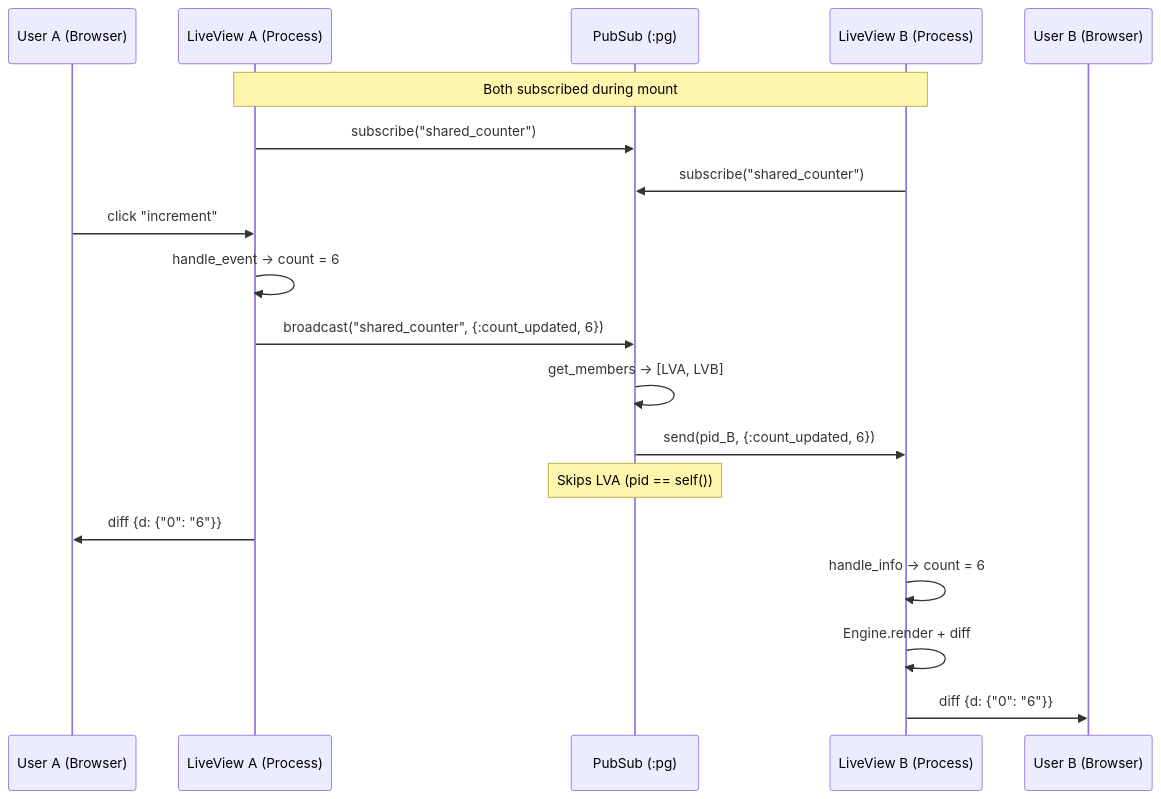
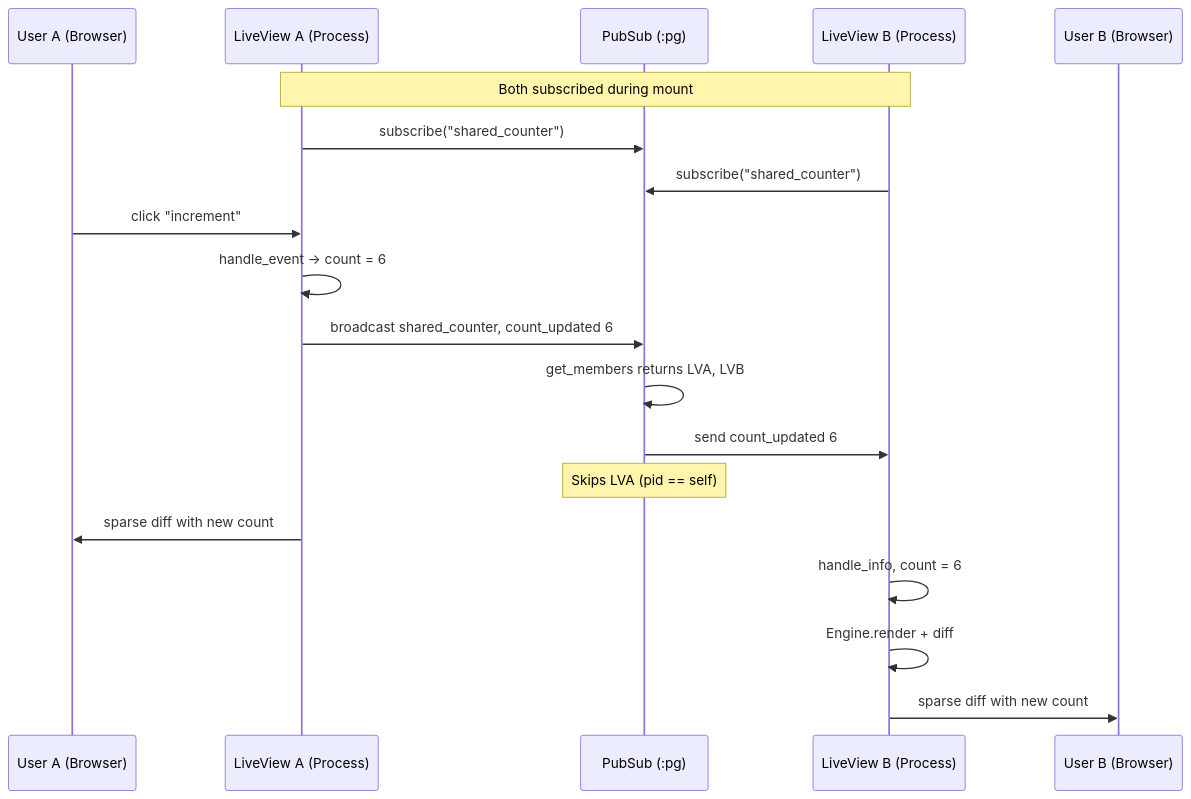
Before and after one commit to rajeshpillai/elixir-byowf: the diagram in course/flows/pubsub-broadcast.md, drawn with Mermaid. The commit also changed 16 other files, not shown here.

First line of the commit message:
Fix Mermaid v11 syntax errors in course diagrams

````diff
--- a/course/flows/pubsub-broadcast.md
+++ b/course/flows/pubsub-broadcast.md
@@ -91,24 +91,24 @@
 ```mermaid
 sequenceDiagram
     participant UA as User A (Browser)
     participant LVA as LiveView A (Process)
     participant PS as PubSub (:pg)
     participant LVB as LiveView B (Process)
     participant UB as User B (Browser)
 
     Note over LVA,LVB: Both subscribed during mount
     LVA->>PS: subscribe("shared_counter")
     LVB->>PS: subscribe("shared_counter")
 
     UA->>LVA: click "increment"
     LVA->>LVA: handle_event → count = 6
-    LVA->>PS: broadcast("shared_counter", {:count_updated, 6})
-    PS->>PS: get_members → [LVA, LVB]
-    PS->>LVB: send(pid_B, {:count_updated, 6})
-    Note over PS: Skips LVA (pid == self())
-    LVA->>UA: diff {d: {"0": "6"}}
+    LVA->>PS: broadcast shared_counter, count_updated 6
+    PS->>PS: get_members returns LVA, LVB
+    PS->>LVB: send count_updated 6
+    Note over PS: Skips LVA (pid == self)
+    LVA->>UA: sparse diff with new count
 
-    LVB->>LVB: handle_info → count = 6
+    LVB->>LVB: handle_info, count = 6
     LVB->>LVB: Engine.render + diff
-    LVB->>UB: diff {d: {"0": "6"}}
+    LVB->>UB: sparse diff with new count
 ```
````
